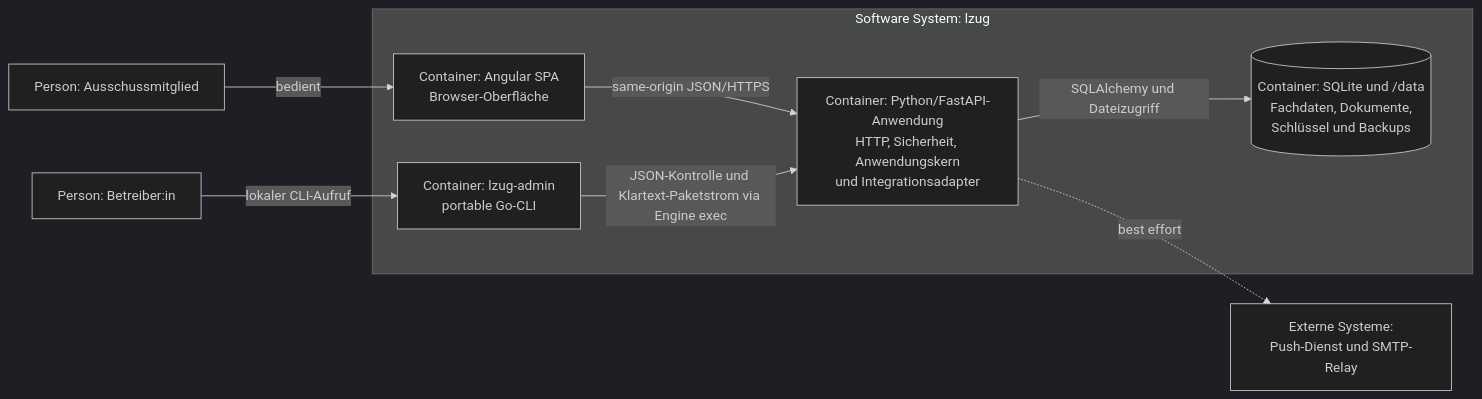
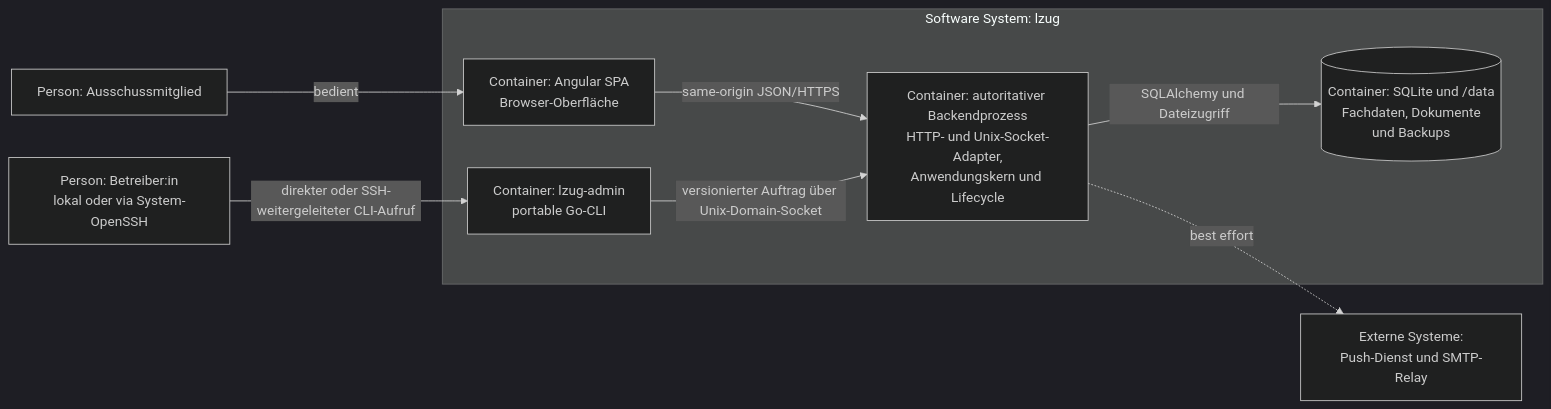
One commit to lxndrp/lzug changed the second of 6 diagrams in docs/developers/architecture.md. Above: the diagram before and after it, drawn with Mermaid (dark theme). The commit also changed other lines of this file and 5 other files, not shown here.

Commit message:
Document AIO admin transport architecture (#708) (#720)

````diff
--- a/docs/developers/architecture.md
+++ b/docs/developers/architecture.md
@@ -38,20 +40,20 @@
 ```mermaid
 flowchart LR
   member["Person: Ausschussmitglied"]
-  operator["Person: Betreiber:in"]
+  operator["Person: Betreiber:in<br/>lokal oder via System-OpenSSH"]
   channels["Externe Systeme:<br/>Push-Dienst und SMTP-Relay"]
 
   subgraph system["Software System: lzug"]
     spa["Container: Angular SPA<br/>Browser-Oberfläche"]
-    app["Container: Python/FastAPI-Anwendung<br/>HTTP, Sicherheit, Anwendungskern<br/>und Integrationsadapter"]
+    app["Container: autoritativer Backendprozess<br/>HTTP- und Unix-Socket-Adapter,<br/>Anwendungskern und Lifecycle"]
     admin["Container: lzug-admin<br/>portable Go-CLI"]
-    data[("Container: SQLite und /data<br/>Fachdaten, Dokumente,<br/>Schlüssel und Backups")]
+    data[("Container: SQLite und /data<br/>Fachdaten, Dokumente<br/>und Backups")]
   end
 
   member -->|"bedient"| spa
   spa -->|"same-origin JSON/HTTPS"| app
-  operator -->|"lokaler CLI-Aufruf"| admin
-  admin -->|"JSON-Kontrolle und Klartext-Paketstrom via Engine exec"| app
+  operator -->|"direkter oder SSH-weitergeleiteter CLI-Aufruf"| admin
+  admin -->|"versionierter Auftrag über Unix-Domain-Socket"| app
   app -->|"SQLAlchemy und Dateizugriff"| data
   app -.->|"best effort"| channels
 ```
````
